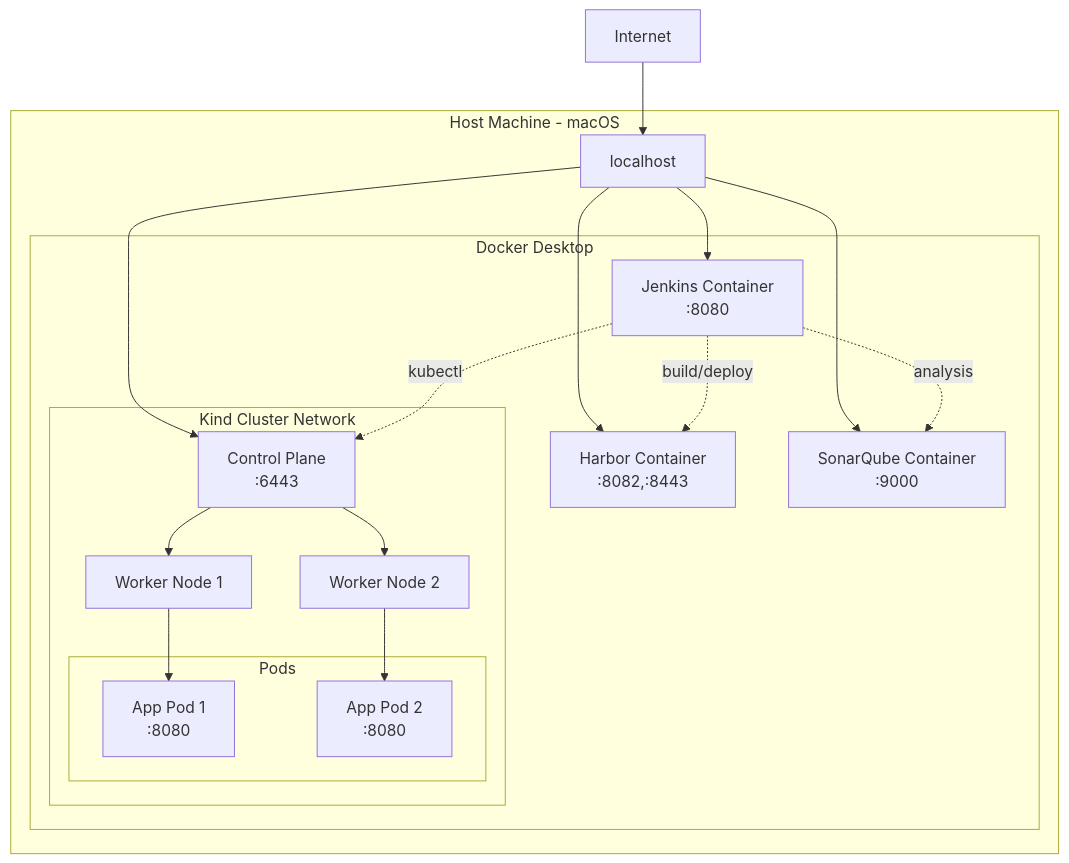
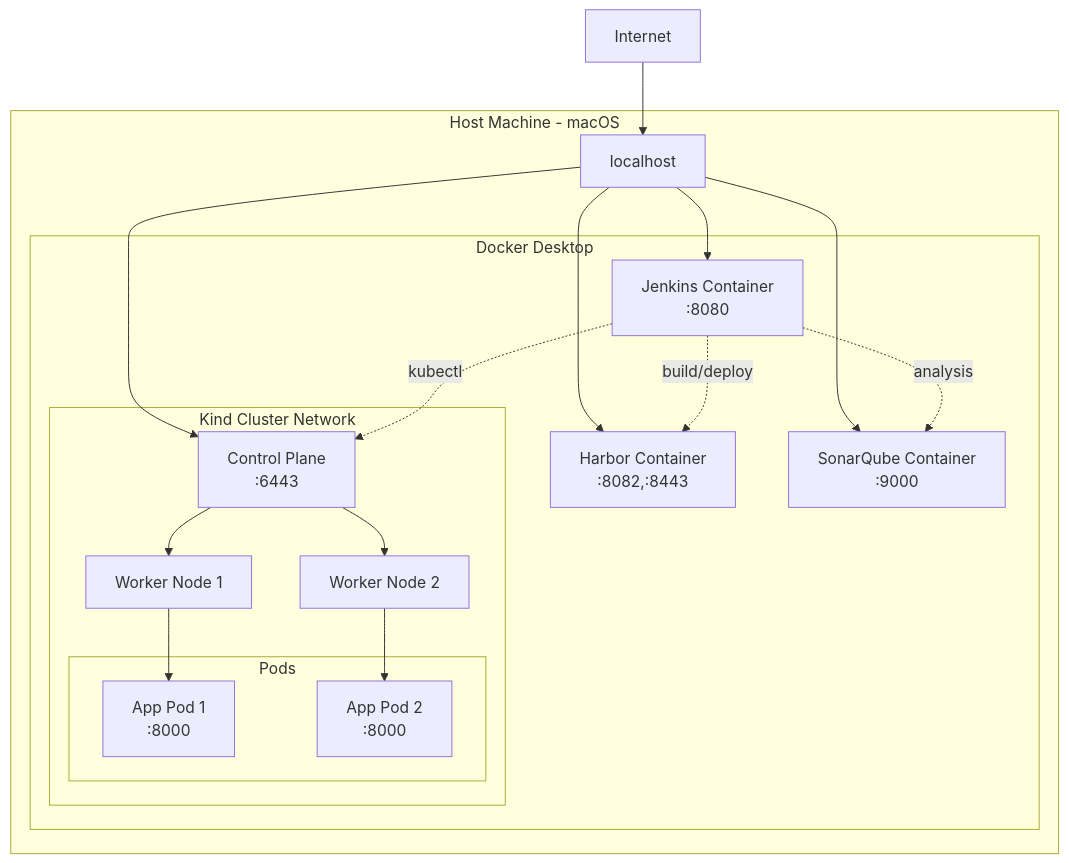
The fourth of 9 diagrams in docs/Architecture-Diagram.md (gmedeirosnet/CI.CD), drawn with Mermaid before and after one commit. The commit also changed other lines of this file and 5 other files, not shown here.

````diff
--- a/docs/Architecture-Diagram.md
+++ b/docs/Architecture-Diagram.md
@@ -185,38 +185,38 @@
 ```mermaid
 graph TB
     subgraph "Host Machine - macOS"
         subgraph "Docker Desktop"
             subgraph "Kind Cluster Network"
                 CP[Control Plane<br/>:6443]
                 W1[Worker Node 1]
                 W2[Worker Node 2]
 
                 subgraph "Pods"
-                    APP1[App Pod 1<br/>:8080]
-                    APP2[App Pod 2<br/>:8080]
+                    APP1[App Pod 1<br/>:8000]
+                    APP2[App Pod 2<br/>:8000]
                 end
             end
 
             JC[Jenkins Container<br/>:8080]
             HC[Harbor Container<br/>:8082,:8443]
             SC[SonarQube Container<br/>:9000]
         end
 
         LH[localhost]
     end
 
     Internet[Internet] --> LH
     LH --> JC
     LH --> HC
     LH --> SC
     LH --> CP
 
     CP --> W1
     CP --> W2
     W1 --> APP1
     W2 --> APP2
 
     JC -.->|build/deploy| HC
     JC -.->|analysis| SC
     JC -.->|kubectl| CP
 ```
````
